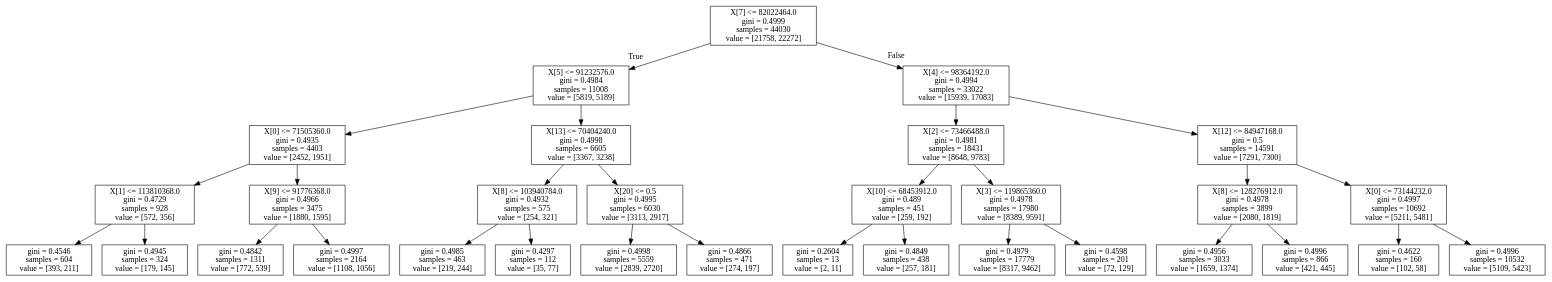
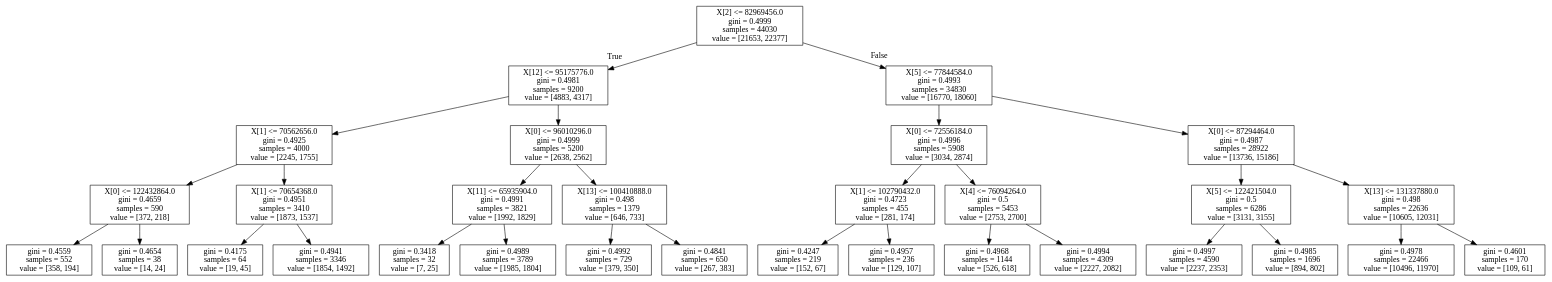
The diagram in ClassificationTrees/singleClassifTreeWithDepth4.dot (maupardh/Numerai), drawn with Graphviz before and after one commit. The commit also changed 31 other files, not shown here.

```diff
--- a/ClassificationTrees/singleClassifTreeWithDepth4.dot
+++ b/ClassificationTrees/singleClassifTreeWithDepth4.dot
@@ -1,64 +1,64 @@
 digraph Tree {
 node [shape=box] ;
-0 [label="X[7] <= 82022464.0\ngini = 0.4999\nsamples = 44030\nvalue = [21758, 22272]"] ;
-1 [label="X[5] <= 91232576.0\ngini = 0.4984\nsamples = 11008\nvalue = [5819, 5189]"] ;
+0 [label="X[2] <= 82969456.0\ngini = 0.4999\nsamples = 44030\nvalue = [21653, 22377]"] ;
+1 [label="X[12] <= 95175776.0\ngini = 0.4981\nsamples = 9200\nvalue = [4883, 4317]"] ;
 0 -> 1 [labeldistance=2.5, labelangle=45, headlabel="True"] ;
-2 [label="X[0] <= 71505360.0\ngini = 0.4935\nsamples = 4403\nvalue = [2452, 1951]"] ;
+2 [label="X[1] <= 70562656.0\ngini = 0.4925\nsamples = 4000\nvalue = [2245, 1755]"] ;
 1 -> 2 ;
-3 [label="X[1] <= 113810368.0\ngini = 0.4729\nsamples = 928\nvalue = [572, 356]"] ;
+3 [label="X[0] <= 122432864.0\ngini = 0.4659\nsamples = 590\nvalue = [372, 218]"] ;
 2 -> 3 ;
-4 [label="gini = 0.4546\nsamples = 604\nvalue = [393, 211]"] ;
+4 [label="gini = 0.4559\nsamples = 552\nvalue = [358, 194]"] ;
 3 -> 4 ;
-5 [label="gini = 0.4945\nsamples = 324\nvalue = [179, 145]"] ;
+5 [label="gini = 0.4654\nsamples = 38\nvalue = [14, 24]"] ;
 3 -> 5 ;
-6 [label="X[9] <= 91776368.0\ngini = 0.4966\nsamples = 3475\nvalue = [1880, 1595]"] ;
+6 [label="X[1] <= 70654368.0\ngini = 0.4951\nsamples = 3410\nvalue = [1873, 1537]"] ;
 2 -> 6 ;
-7 [label="gini = 0.4842\nsamples = 1311\nvalue = [772, 539]"] ;
+7 [label="gini = 0.4175\nsamples = 64\nvalue = [19, 45]"] ;
 6 -> 7 ;
-8 [label="gini = 0.4997\nsamples = 2164\nvalue = [1108, 1056]"] ;
+8 [label="gini = 0.4941\nsamples = 3346\nvalue = [1854, 1492]"] ;
 6 -> 8 ;
-9 [label="X[13] <= 70404240.0\ngini = 0.4998\nsamples = 6605\nvalue = [3367, 3238]"] ;
+9 [label="X[0] <= 96010296.0\ngini = 0.4999\nsamples = 5200\nvalue = [2638, 2562]"] ;
 1 -> 9 ;
-10 [label="X[8] <= 103940784.0\ngini = 0.4932\nsamples = 575\nvalue = [254, 321]"] ;
+10 [label="X[11] <= 65935904.0\ngini = 0.4991\nsamples = 3821\nvalue = [1992, 1829]"] ;
 9 -> 10 ;
-11 [label="gini = 0.4985\nsamples = 463\nvalue = [219, 244]"] ;
+11 [label="gini = 0.3418\nsamples = 32\nvalue = [7, 25]"] ;
 10 -> 11 ;
-12 [label="gini = 0.4297\nsamples = 112\nvalue = [35, 77]"] ;
+12 [label="gini = 0.4989\nsamples = 3789\nvalue = [1985, 1804]"] ;
 10 -> 12 ;
-13 [label="X[20] <= 0.5\ngini = 0.4995\nsamples = 6030\nvalue = [3113, 2917]"] ;
+13 [label="X[13] <= 100410888.0\ngini = 0.498\nsamples = 1379\nvalue = [646, 733]"] ;
 9 -> 13 ;
-14 [label="gini = 0.4998\nsamples = 5559\nvalue = [2839, 2720]"] ;
+14 [label="gini = 0.4992\nsamples = 729\nvalue = [379, 350]"] ;
 13 -> 14 ;
-15 [label="gini = 0.4866\nsamples = 471\nvalue = [274, 197]"] ;
+15 [label="gini = 0.4841\nsamples = 650\nvalue = [267, 383]"] ;
 13 -> 15 ;
-16 [label="X[4] <= 98364192.0\ngini = 0.4994\nsamples = 33022\nvalue = [15939, 17083]"] ;
+16 [label="X[5] <= 77844584.0\ngini = 0.4993\nsamples = 34830\nvalue = [16770, 18060]"] ;
 0 -> 16 [labeldistance=2.5, labelangle=-45, headlabel="False"] ;
-17 [label="X[2] <= 73466488.0\ngini = 0.4981\nsamples = 18431\nvalue = [8648, 9783]"] ;
+17 [label="X[0] <= 72556184.0\ngini = 0.4996\nsamples = 5908\nvalue = [3034, 2874]"] ;
 16 -> 17 ;
-18 [label="X[10] <= 68453912.0\ngini = 0.489\nsamples = 451\nvalue = [259, 192]"] ;
+18 [label="X[1] <= 102790432.0\ngini = 0.4723\nsamples = 455\nvalue = [281, 174]"] ;
 17 -> 18 ;
-19 [label="gini = 0.2604\nsamples = 13\nvalue = [2, 11]"] ;
+19 [label="gini = 0.4247\nsamples = 219\nvalue = [152, 67]"] ;
 18 -> 19 ;
-20 [label="gini = 0.4849\nsamples = 438\nvalue = [257, 181]"] ;
+20 [label="gini = 0.4957\nsamples = 236\nvalue = [129, 107]"] ;
 18 -> 20 ;
-21 [label="X[3] <= 119865360.0\ngini = 0.4978\nsamples = 17980\nvalue = [8389, 9591]"] ;
+21 [label="X[4] <= 76094264.0\ngini = 0.5\nsamples = 5453\nvalue = [2753, 2700]"] ;
 17 -> 21 ;
-22 [label="gini = 0.4979\nsamples = 17779\nvalue = [8317, 9462]"] ;
+22 [label="gini = 0.4968\nsamples = 1144\nvalue = [526, 618]"] ;
 21 -> 22 ;
-23 [label="gini = 0.4598\nsamples = 201\nvalue = [72, 129]"] ;
+23 [label="gini = 0.4994\nsamples = 4309\nvalue = [2227, 2082]"] ;
 21 -> 23 ;
-24 [label="X[12] <= 84947168.0\ngini = 0.5\nsamples = 14591\nvalue = [7291, 7300]"] ;
+24 [label="X[0] <= 87294464.0\ngini = 0.4987\nsamples = 28922\nvalue = [13736, 15186]"] ;
 16 -> 24 ;
-25 [label="X[8] <= 128276912.0\ngini = 0.4978\nsamples = 3899\nvalue = [2080, 1819]"] ;
+25 [label="X[5] <= 122421504.0\ngini = 0.5\nsamples = 6286\nvalue = [3131, 3155]"] ;
 24 -> 25 ;
-26 [label="gini = 0.4956\nsamples = 3033\nvalue = [1659, 1374]"] ;
+26 [label="gini = 0.4997\nsamples = 4590\nvalue = [2237, 2353]"] ;
 25 -> 26 ;
-27 [label="gini = 0.4996\nsamples = 866\nvalue = [421, 445]"] ;
+27 [label="gini = 0.4985\nsamples = 1696\nvalue = [894, 802]"] ;
 25 -> 27 ;
-28 [label="X[0] <= 73144232.0\ngini = 0.4997\nsamples = 10692\nvalue = [5211, 5481]"] ;
+28 [label="X[13] <= 131337880.0\ngini = 0.498\nsamples = 22636\nvalue = [10605, 12031]"] ;
 24 -> 28 ;
-29 [label="gini = 0.4622\nsamples = 160\nvalue = [102, 58]"] ;
+29 [label="gini = 0.4978\nsamples = 22466\nvalue = [10496, 11970]"] ;
 28 -> 29 ;
-30 [label="gini = 0.4996\nsamples = 10532\nvalue = [5109, 5423]"] ;
+30 [label="gini = 0.4601\nsamples = 170\nvalue = [109, 61]"] ;
 28 -> 30 ;
 }
```
